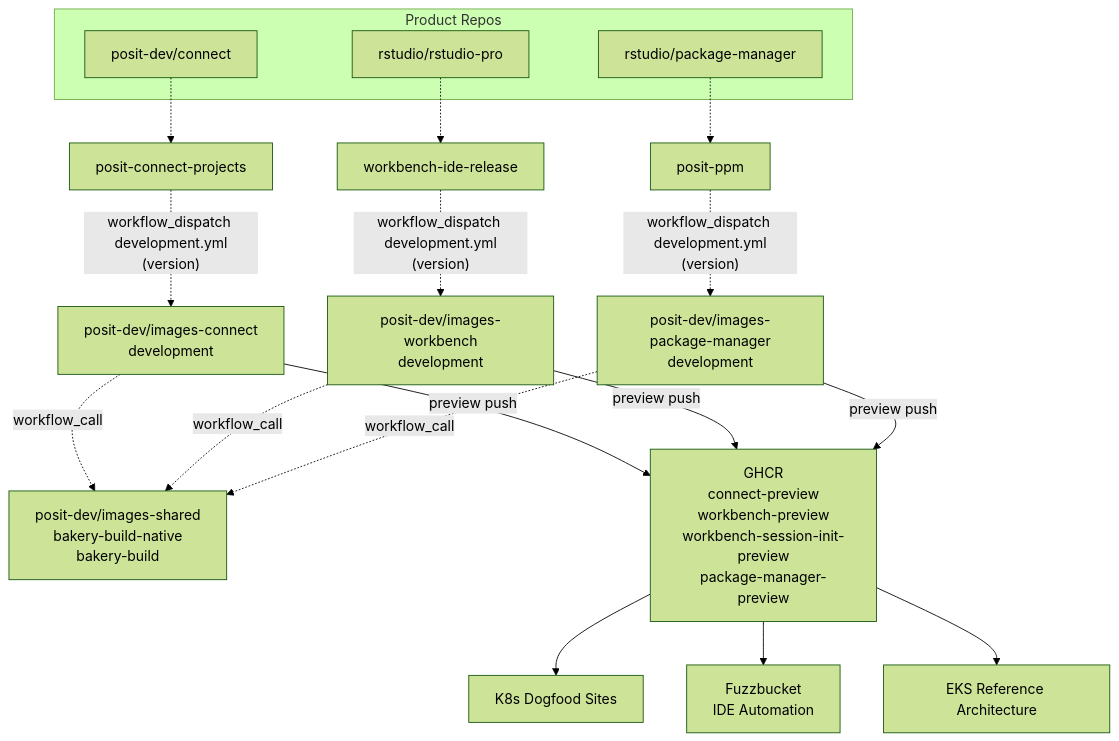
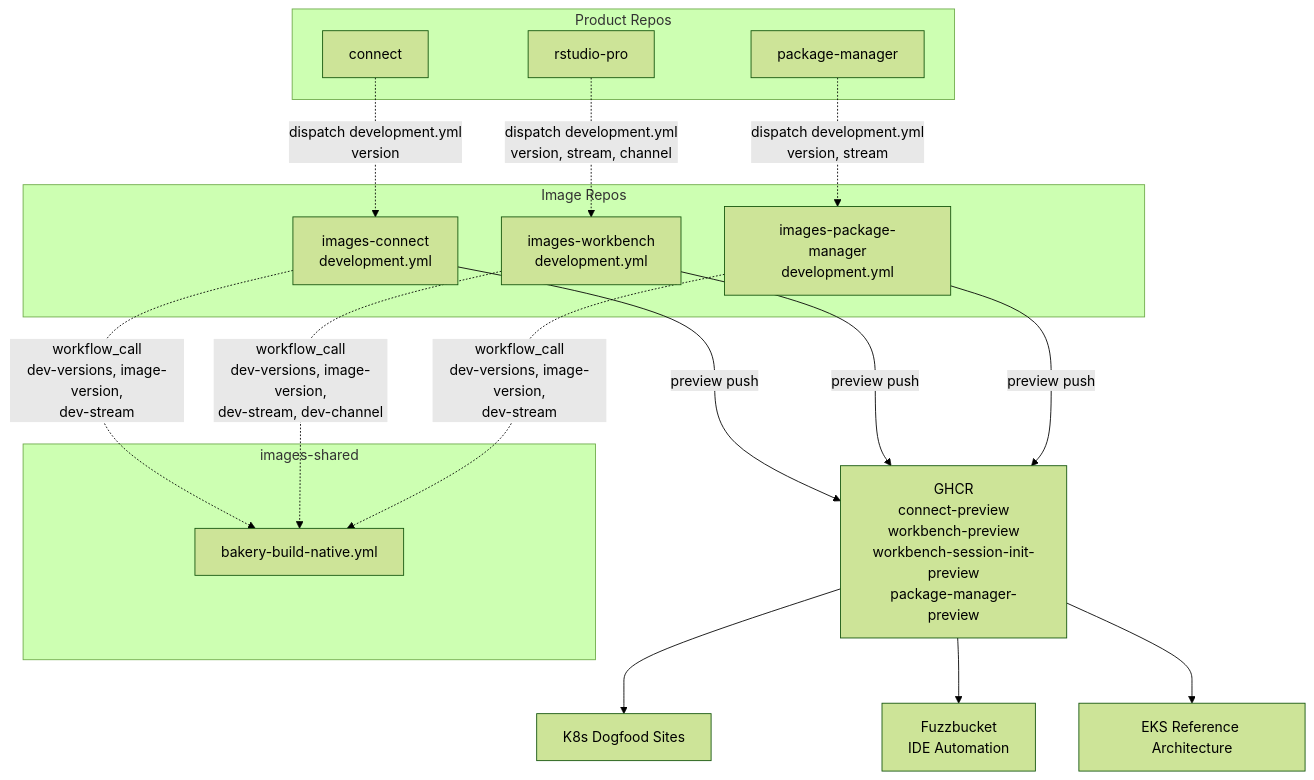
The third of 9 diagrams in posit-bakery/docs/cross-repo-workflows.qmd (posit-dev/images-shared), drawn with Mermaid (forest theme) before and after one commit. The commit also changed other lines of this file, not shown here.

First line of the commit message:
Update cross-repo workflow diagrams

````diff
--- a/posit-bakery/docs/cross-repo-workflows.qmd
+++ b/posit-bakery/docs/cross-repo-workflows.qmd
@@ -110,45 +101,37 @@
 ```{mermaid}
 %%| fig-cap: "Development / Preview Flow"
 graph TD
     subgraph "Product Repos"
-        CONNECT_PROD["posit-dev/connect"]
-        WORKBENCH_PROD["rstudio/rstudio-pro"]
-        PPM_PROD["rstudio/package-manager"]
+        CONNECT_PROD["connect"]
+        WORKBENCH_PROD["rstudio-pro"]
+        PPM_PROD["package-manager"]
     end
 
-    CONNECT_BOT["posit-connect-projects"]
-    WORKBENCH_BOT["workbench-ide-release"]
-    PPM_BOT["posit-ppm"]
+    CONNECT_PROD -.->|"dispatch development.yml<br/>version"| IMG_CONNECT
+    WORKBENCH_PROD -.->|"dispatch development.yml<br/>version, stream, channel"| IMG_WORKBENCH
+    PPM_PROD -.->|"dispatch development.yml<br/>version, stream"| IMG_PM
 
-    CONNECT_PROD -.-> CONNECT_BOT
-    WORKBENCH_PROD -.-> WORKBENCH_BOT
-    PPM_PROD -.-> PPM_BOT
+    subgraph "Image Repos"
+        IMG_CONNECT["images-connect<br/>development.yml"]
+        IMG_WORKBENCH["images-workbench<br/>development.yml"]
+        IMG_PM["images-package-manager<br/>development.yml"]
+    end
 
-    CONNECT_BOT -.->|"workflow_dispatch development.yml<br/>(version)"| IMG_CONNECT
-    WORKBENCH_BOT -.->|"workflow_dispatch development.yml<br/>(version)"| IMG_WORKBENCH
-    PPM_BOT -.->|"workflow_dispatch development.yml<br/>(version)"| IMG_PM
+    IMG_CONNECT -.->|"workflow_call<br/>dev-versions, image-version,<br/>dev-stream"| SHARED
+    IMG_WORKBENCH -.->|"workflow_call<br/>dev-versions, image-version,<br/>dev-stream, dev-channel"| SHARED
+    IMG_PM -.->|"workflow_call<br/>dev-versions, image-version,<br/>dev-stream"| SHARED
 
-    SHARED["posit-dev/images-shared<br/>bakery-build-native<br/>bakery-build"]
-
-    IMG_CONNECT["posit-dev/images-connect<br/>development"]
-    IMG_WORKBENCH["posit-dev/images-workbench<br/>development"]
-    IMG_PM["posit-dev/images-package-manager<br/>development"]
-
-    IMG_CONNECT -.->|workflow_call| SHARED
-    IMG_WORKBENCH -.->|workflow_call| SHARED
-    IMG_PM -.->|workflow_call| SHARED
+    subgraph images-shared
+        SHARED["bakery-build-native.yml"]
+    end
 
     IMG_CONNECT -->|preview push| GHCR
     IMG_WORKBENCH -->|preview push| GHCR
     IMG_PM -->|preview push| GHCR
 
     GHCR["GHCR<br/>connect-preview<br/>workbench-preview<br/>workbench-session-init-preview<br/>package-manager-preview"]
 
-    GHCR --> K8S
-    GHCR --> FUZZBUCKET
-    GHCR --> EKS_REF
-
-    K8S["K8s Dogfood Sites"]
-    FUZZBUCKET["Fuzzbucket<br/>IDE Automation"]
-    EKS_REF["EKS Reference Architecture"]
+    GHCR --> K8S["K8s Dogfood Sites"]
+    GHCR --> FUZZBUCKET["Fuzzbucket<br/>IDE Automation"]
+    GHCR --> EKS_REF["EKS Reference Architecture"]
 ```
````
